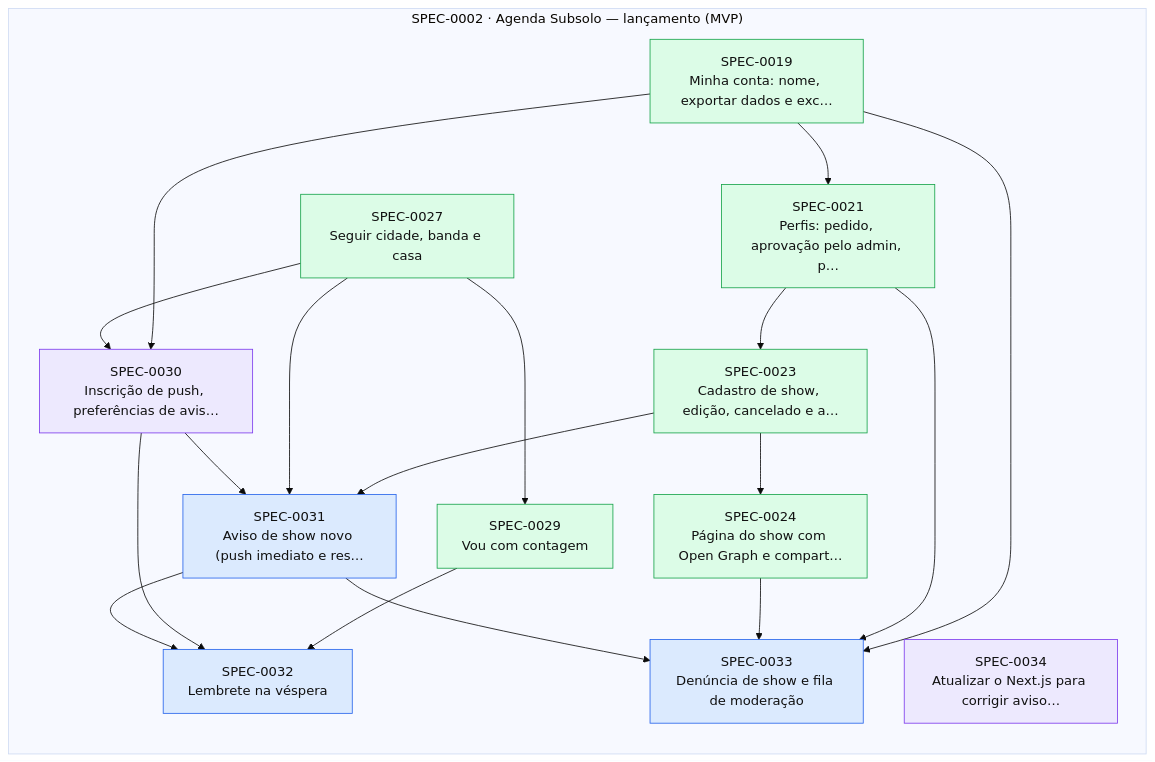
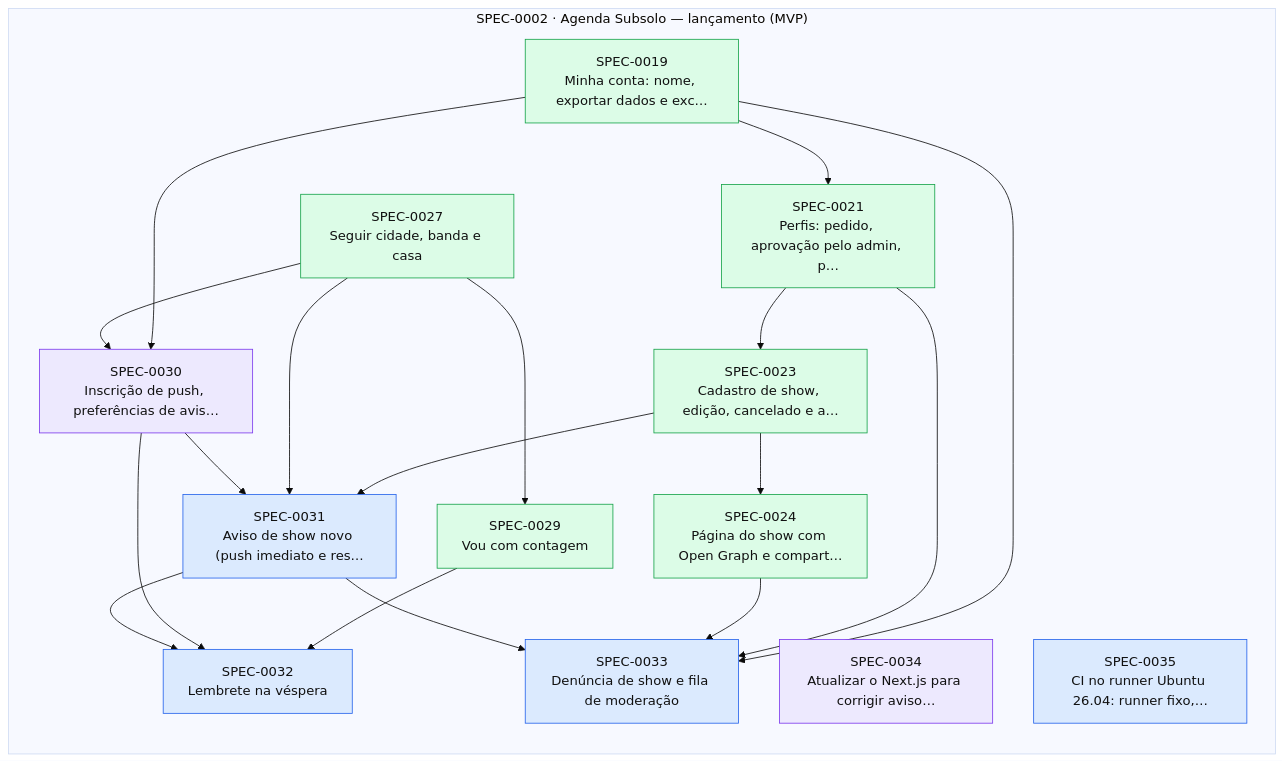
Before and after one commit to thomasravache/subsolo: the diagram in docs/specs/INDEX.md, drawn with Mermaid (base theme). The commit also changed other lines of this file and 1 other file, not shown here.

First line of the commit message:
docs(sdd): add SPEC-0035 (CI no runner Ubuntu 26.04)

````diff
--- a/docs/specs/INDEX.md
+++ b/docs/specs/INDEX.md
@@ -70,37 +71,38 @@
 ```mermaid
 flowchart LR
   subgraph E0002["SPEC-0002 · Agenda Subsolo — lançamento (MVP)"]
     S0019["SPEC-0019<br/>Minha conta: nome, exportar dados e exc…"]:::implemented
     S0021["SPEC-0021<br/>Perfis: pedido, aprovação pelo admin, p…"]:::implemented
     S0023["SPEC-0023<br/>Cadastro de show, edição, cancelado e a…"]:::implemented
     S0024["SPEC-0024<br/>Página do show com Open Graph e compart…"]:::implemented
     S0027["SPEC-0027<br/>Seguir cidade, banda e casa"]:::implemented
     S0029["SPEC-0029<br/>Vou com contagem"]:::implemented
     S0030["SPEC-0030<br/>Inscrição de push, preferências de avis…"]:::inprogress
     S0031["SPEC-0031<br/>Aviso de show novo (push imediato e res…"]:::approved
     S0032["SPEC-0032<br/>Lembrete na véspera"]:::approved
     S0033["SPEC-0033<br/>Denúncia de show e fila de moderação"]:::approved
     S0034["SPEC-0034<br/>Atualizar o Next.js para corrigir aviso…"]:::inprogress
+    S0035["SPEC-0035<br/>CI no runner Ubuntu 26.04: runner fixo,…"]:::approved
   end
   S0019 --> S0021
   S0021 --> S0023
   S0023 --> S0024
   S0027 --> S0029
   S0019 --> S0030
   S0027 --> S0030
   S0023 --> S0031
   S0027 --> S0031
   S0030 --> S0031
   S0029 --> S0032
   S0030 --> S0032
   S0031 --> S0032
   S0019 --> S0033
   S0021 --> S0033
   S0024 --> S0033
   S0031 --> S0033
   classDef proposed fill:#fef3c7,stroke:#d97706,color:#111
   classDef approved fill:#dbeafe,stroke:#2563eb,color:#111
   classDef inprogress fill:#ede9fe,stroke:#7c3aed,color:#111
   classDef implemented fill:#dcfce7,stroke:#16a34a,color:#111
   classDef deprecated fill:#f3f4f6,stroke:#9ca3af,color:#6b7280
 ```
````
